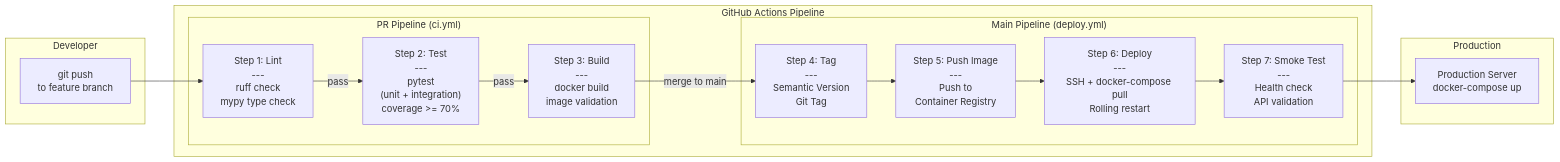
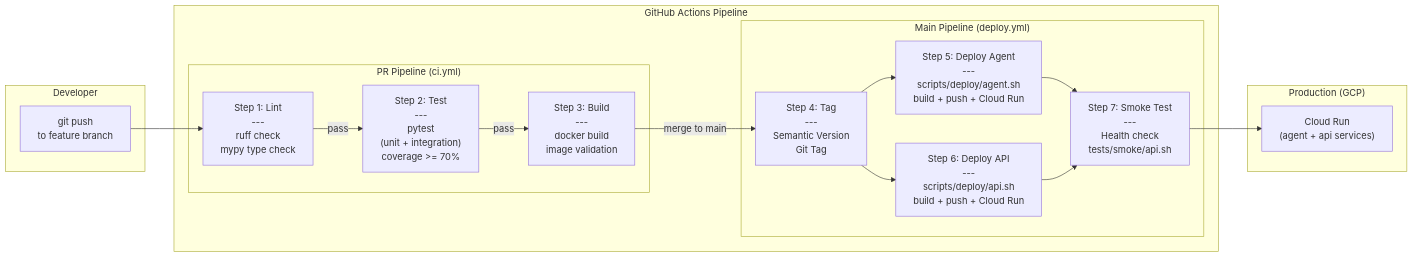
Before and after one commit to sunnyDataScience/Smart-Lock_AI_Support_Service_Dispatch_SaaS_Platform: the third of 3 diagrams in docs/04-deliver/E9--deployment-and-operations-guide.md, drawn with Mermaid. The commit also changed other lines of this file and 8 other files, not shown here.

First line of the commit message:
docs(refactor): 同步 uv workspace + scripts 子目錄 + Cloud Run 部署

````diff
--- a/docs/04-deliver/E9--deployment-and-operations-guide.md
+++ b/docs/04-deliver/E9--deployment-and-operations-guide.md
@@ -203,34 +280,35 @@
 ```mermaid
 graph LR
     subgraph "Developer"
         DEV["git push<br/>to feature branch"]
     end
 
     subgraph "GitHub Actions Pipeline"
         subgraph "PR Pipeline (ci.yml)"
             LINT["Step 1: Lint<br/>---<br/>ruff check<br/>mypy type check"]
             TEST["Step 2: Test<br/>---<br/>pytest<br/>(unit + integration)<br/>coverage >= 70%"]
             BUILD["Step 3: Build<br/>---<br/>docker build<br/>image validation"]
         end
 
         subgraph "Main Pipeline (deploy.yml)"
             TAG["Step 4: Tag<br/>---<br/>Semantic Version<br/>Git Tag"]
-            PUSH["Step 5: Push Image<br/>---<br/>Push to<br/>Container Registry"]
-            DEPLOY["Step 6: Deploy<br/>---<br/>SSH + docker-compose pull<br/>Rolling restart"]
-            SMOKE["Step 7: Smoke Test<br/>---<br/>Health check<br/>API validation"]
+            DEPLOY_AGENT["Step 5: Deploy Agent<br/>---<br/>scripts/deploy/agent.sh<br/>build + push + Cloud Run"]
+            DEPLOY_API["Step 6: Deploy API<br/>---<br/>scripts/deploy/api.sh<br/>build + push + Cloud Run"]
+            SMOKE["Step 7: Smoke Test<br/>---<br/>Health check<br/>tests/smoke/api.sh"]
         end
     end
 
-    subgraph "Production"
-        PROD["Production Server<br/>docker-compose up"]
+    subgraph "Production (GCP)"
+        PROD["Cloud Run<br/>(agent + api services)"]
     end
 
     DEV --> LINT
     LINT -->|pass| TEST
     TEST -->|pass| BUILD
     BUILD -->|merge to main| TAG
-    TAG --> PUSH
-    PUSH --> DEPLOY
-    DEPLOY --> SMOKE
+    TAG --> DEPLOY_AGENT
+    TAG --> DEPLOY_API
+    DEPLOY_AGENT --> SMOKE
+    DEPLOY_API --> SMOKE
     SMOKE --> PROD
 ```
````
